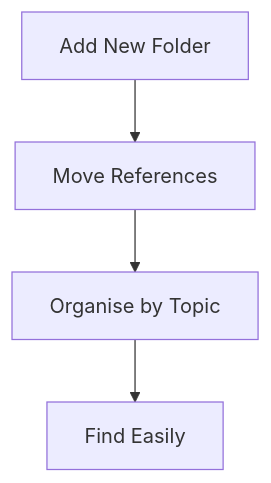
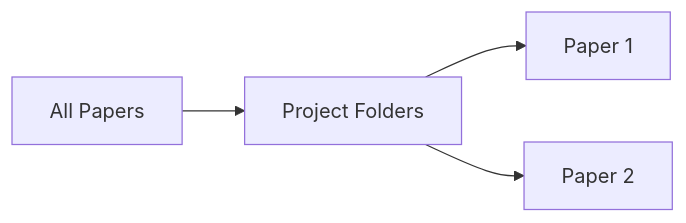
Before and after one commit to documentation-ai-managed/docs-hello-goom-documentation: the diagram in my-references/organising-with-folders.mdx, drawn with Mermaid. The commit also changed other lines of this file, not shown here.

````diff
--- a/my-references/organising-with-folders.mdx
+++ b/my-references/organising-with-folders.mdx
@@ -180,6 +86,6 @@
 ```mermaid
-graph TD
-    A[Add New Folder] --> B[Move References]
-    B --> C[Organise by Topic]
-    C --> D[Find Easily]
+graph LR
+  A[All Papers] --> B[Project Folders]
+  B --> C[Paper 1]
+  B --> D[Paper 2]
 ```
````
